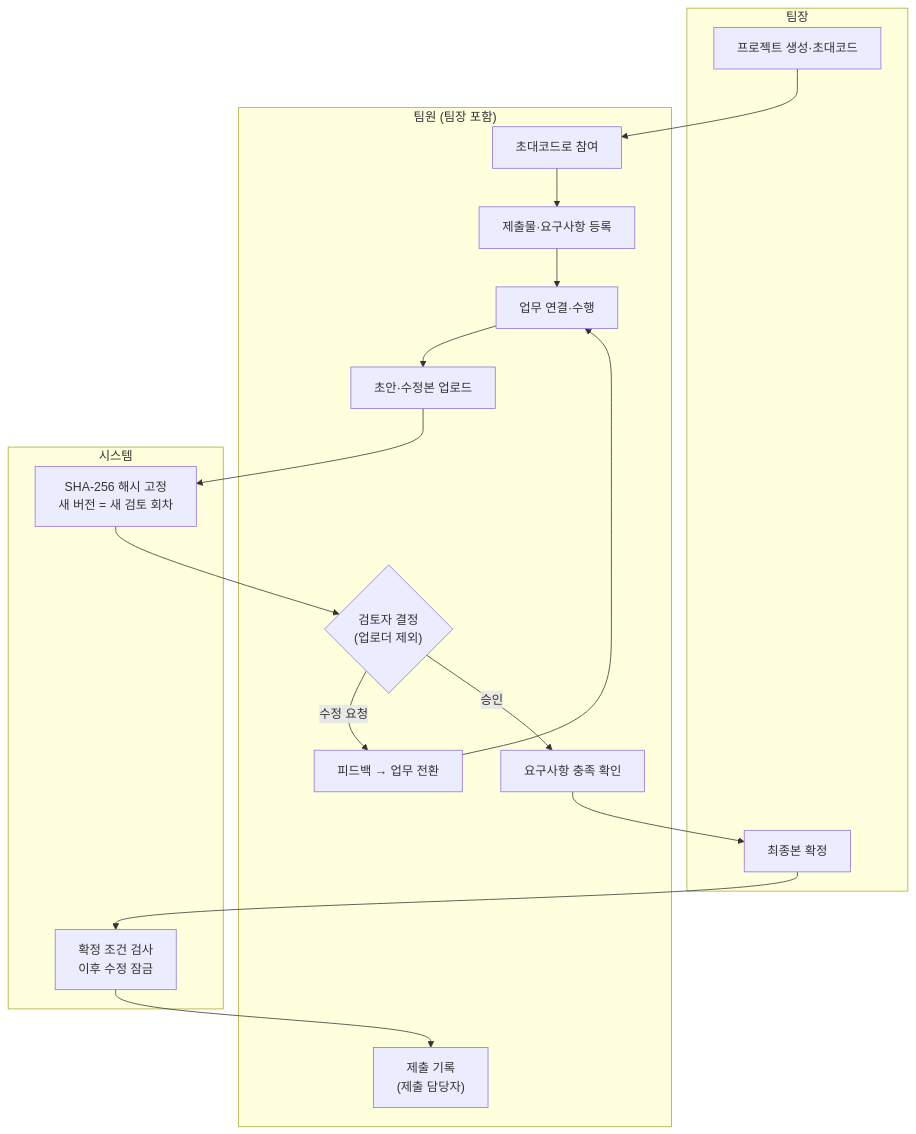
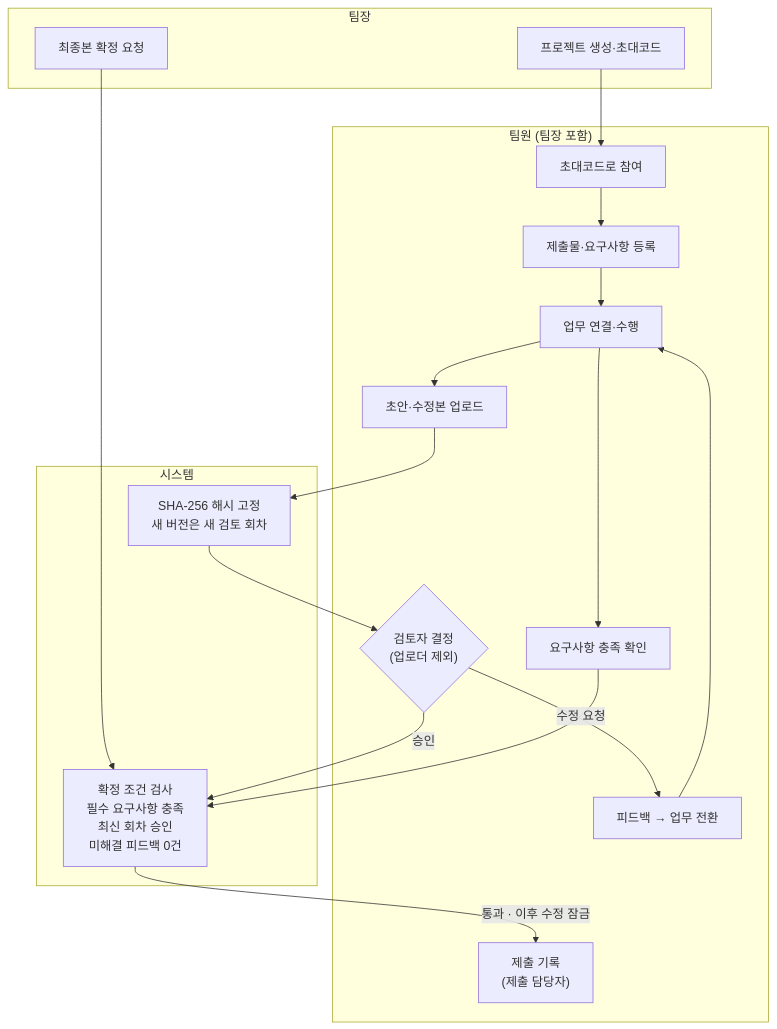
The first of 3 diagrams in README.md (thswjdguq/blackbox), drawn with Mermaid before and after one commit. The commit also changed other lines of this file, not shown here.

Commit message:
docs(readme): [M2] 충족 확인과 승인이 확정 검사로 모이도록 흐름도 수정
요구사항 충족 확인이 검토 승인 뒤에만 가능한 단계처럼 보였다. 충족 확인은 업무 수행에서 바로 이어지게 하고, 충족 확인·검토 승인·팀장의 확정 요청이 확정 조건 검사로 모이도록 바꾼다. 검사 조건은 최신 회차 승인으로 적는다.

````diff
--- a/README.md
+++ b/README.md
@@ -47,25 +47,28 @@
 ```mermaid
 flowchart TB
   subgraph LEAD["팀장"]
     L1["프로젝트 생성·초대코드"]
-    L4["최종본 확정"]
+    L4["최종본 확정 요청"]
   end
   subgraph MEM["팀원 (팀장 포함)"]
     M1["초대코드로 참여"]
     M2["제출물·요구사항 등록"]
     M3["업무 연결·수행"]
     M4["초안·수정본 업로드"]
     M5{"검토자 결정<br/>(업로더 제외)"}
     M6["피드백 → 업무 전환"]
     M7["요구사항 충족 확인"]
     M8["제출 기록<br/>(제출 담당자)"]
   end
   subgraph SYS["시스템"]
-    S1["SHA-256 해시 고정<br/>새 버전 = 새 검토 회차"]
-    S5["확정 조건 검사<br/>이후 수정 잠금"]
+    S1["SHA-256 해시 고정<br/>새 버전은 새 검토 회차"]
+    S5["확정 조건 검사<br/>필수 요구사항 충족<br/>최신 회차 승인<br/>미해결 피드백 0건"]
   end
 
   L1 --> M1 --> M2 --> M3 --> M4 --> S1 --> M5
   M5 -- 수정 요청 --> M6 --> M3
-  M5 -- 승인 --> M7 --> L4 --> S5 --> M8
+  M3 --> M7
+  M5 -- 승인 --> S5
+  M7 --> S5
+  L4 --> S5 -- 통과 · 이후 수정 잠금 --> M8
 ```
````
